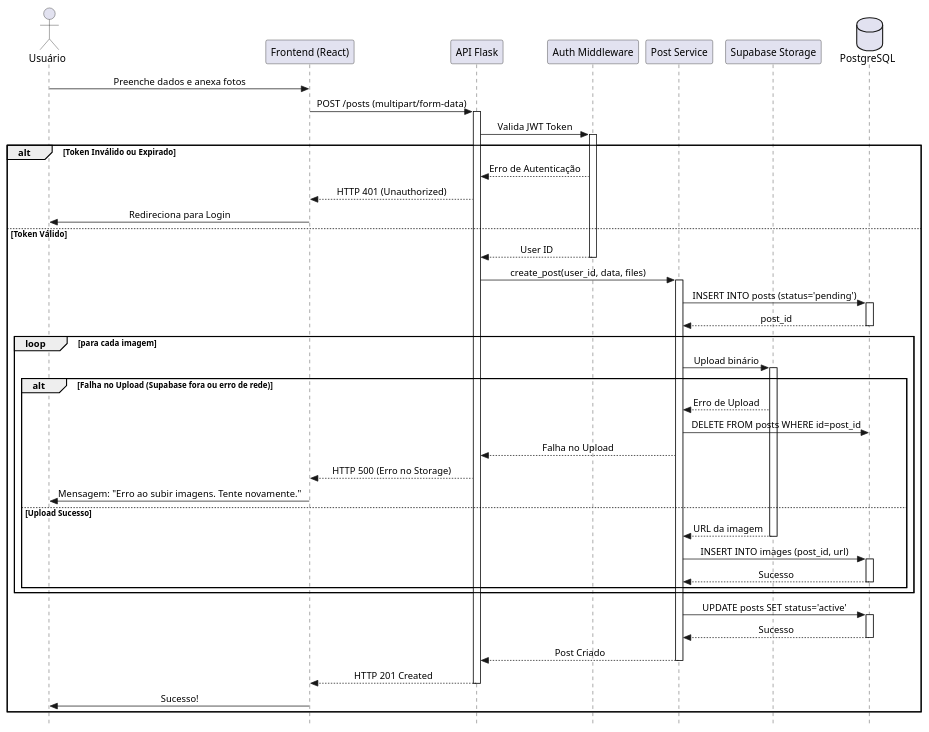
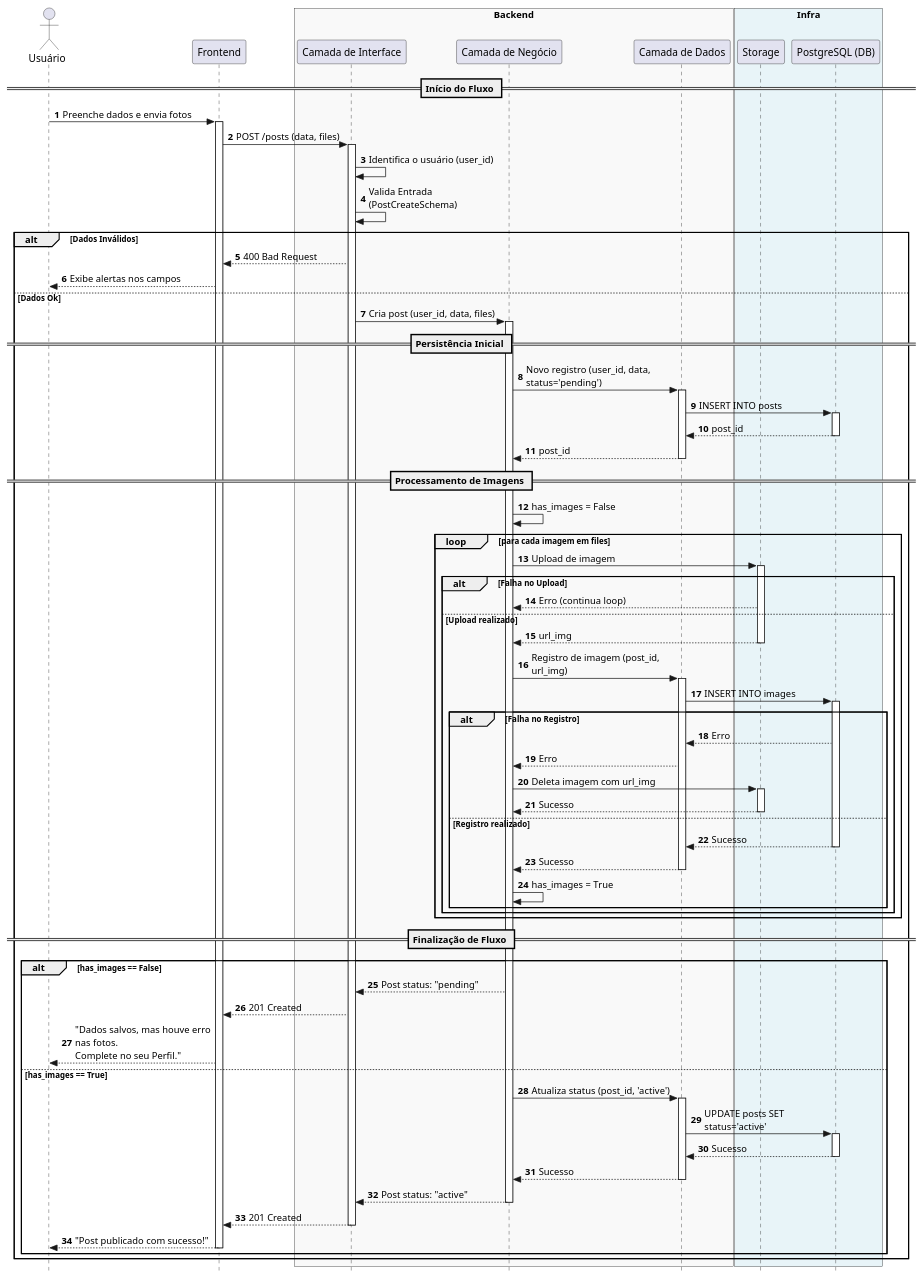
The diagram in docs/sequence_diagrams/user_post_creation.puml (karlsen16/OndeTa), drawn with PlantUML before and after one commit. The commit also changed 14 other files, not shown here.

```diff
--- a/docs/sequence_diagrams/user_post_creation.puml
+++ b/docs/sequence_diagrams/user_post_creation.puml
@@ -1,67 +1,104 @@
 @startuml
+autonumber
 skinparam style strictuml
-skinparam sequenceMessageAlign center
+skinparam MaxMessageSize 200
 
 actor "Usuário" as User
-participant "Frontend (React)" as FE
-participant "API Flask" as API
-participant "Auth Middleware" as Auth
-participant "Post Service" as SVC
-participant "Supabase Storage" as Cloud
-database "PostgreSQL" as DB
+participant "Frontend" as UI
 
-User -> FE : Preenche dados e anexa fotos
-FE -> API : POST /posts (multipart/form-data)
-activate API
+box "Backend" #f9f9f9
+    participant "Camada de Interface" as CI
+    participant "Camada de Negócio" as CN
+    participant "Camada de Dados" as CD
+end box
 
-API -> Auth : Valida JWT Token
-activate Auth
+box "Infra" #e8f4f8
+    participant "Storage" as Cloud
+    participant "PostgreSQL (DB)" as DB
+end box
 
-alt Token Inválido ou Expirado
-    Auth --> API : Erro de Autenticação
-    API --> FE : HTTP 401 (Unauthorized)
-    FE -> User : Redireciona para Login
-else Token Válido
-    Auth --> API : User ID
-    deactivate Auth
+== Início do Fluxo ==
 
-    API -> SVC : create_post(user_id, data, files)
-    activate SVC
+User -> UI : Preenche dados e envia fotos
+activate UI
+UI -> CI : POST /posts (data, files)
+activate CI
+CI -> CI : Identifica o usuário (user_id)
+CI -> CI : Valida Entrada (PostCreateSchema)
 
-    SVC -> DB : INSERT INTO posts (status='pending')
+alt Dados Inválidos
+    CI --> UI : 400 Bad Request
+    UI --> User : Exibe alertas nos campos
+else Dados Ok
+    CI -> CN : Cria post (user_id, data, files)
+    activate CN
+
+    == Persistência Inicial ==
+
+    CN -> CD : Novo registro (user_id, data, status='pending')
+    activate CD
+    CD -> DB : INSERT INTO posts
     activate DB
-    DB --> SVC : post_id
+    DB --> CD : post_id
     deactivate DB
+    CD --> CN : post_id
+    deactivate CD
 
-    loop para cada imagem
-        SVC -> Cloud : Upload binário
+    == Processamento de Imagens ==
+
+    CN -> CN : has_images = False
+
+    loop para cada imagem em files
+        CN -> Cloud : Upload de imagem
         activate Cloud
+        alt Falha no Upload
+            Cloud --> CN : Erro (continua loop)
+        else Upload realizado
+            Cloud --> CN : url_img
+            deactivate Cloud
+            CN -> CD : Registro de imagem (post_id, url_img)
+            activate CD
+            CD -> DB : INSERT INTO images
+            activate DB
 
-        alt Falha no Upload (Supabase fora ou erro de rede)
-            Cloud --> SVC : Erro de Upload
-            SVC -> DB : DELETE FROM posts WHERE id=post_id
-            SVC --> API : Falha no Upload
-            API --> FE : HTTP 500 (Erro no Storage)
-            FE -> User : Mensagem: "Erro ao subir imagens. Tente novamente."
-        else Upload Sucesso
-            Cloud --> SVC : URL da imagem
-            deactivate Cloud
-            SVC -> DB : INSERT INTO images (post_id, url)
-            activate DB
-            DB --> SVC : Sucesso
-            deactivate DB
+            alt Falha no Registro
+                DB --> CD : Erro
+                CD --> CN : Erro
+                CN -> Cloud : Deleta imagem com url_img
+                activate Cloud
+                Cloud --> CN : Sucesso
+                deactivate Cloud
+            else Registro realizado
+                DB --> CD : Sucesso
+                deactivate DB
+                CD --> CN : Sucesso
+                deactivate CD
+                CN -> CN : has_images = True
+            end
         end
     end
 
-    SVC -> DB : UPDATE posts SET status='active'
-    activate DB
-    DB --> SVC : Sucesso
-    deactivate DB
+    == Finalização de Fluxo ==
 
-    SVC --> API : Post Criado
-    deactivate SVC
-    API --> FE : HTTP 201 Created
-    deactivate API
-    FE -> User : Sucesso!
+    alt has_images == False
+        CN --> CI : Post status: "pending"
+        CI --> UI : 201 Created
+        UI --> User : "Dados salvos, mas houve erro nas fotos.\nComplete no seu Perfil."
+    else has_images == True
+        CN -> CD : Atualiza status (post_id, 'active')
+        activate CD
+        CD -> DB : UPDATE posts SET status='active'
+        activate DB
+        DB --> CD : Sucesso
+        deactivate DB
+        CD --> CN : Sucesso
+        deactivate CD
+        CN --> CI : Post status: "active"
+        deactivate CN
+        CI --> UI : 201 Created
+        deactivate CI
+        UI --> User : "Post publicado com sucesso!"
+        deactivate UI
+    end
 end
 @enduml
```
